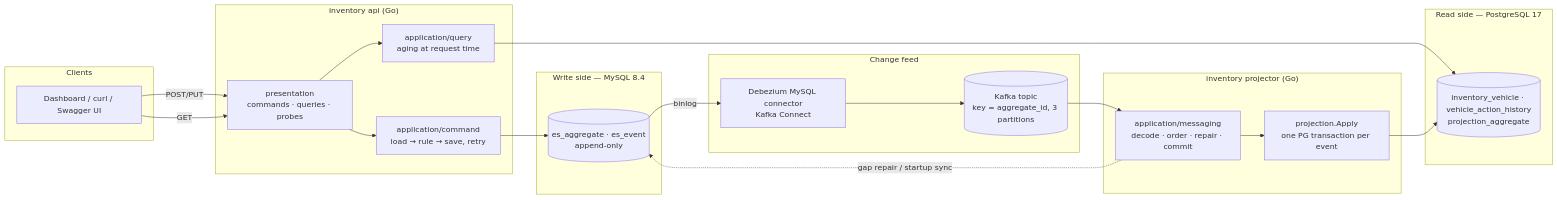
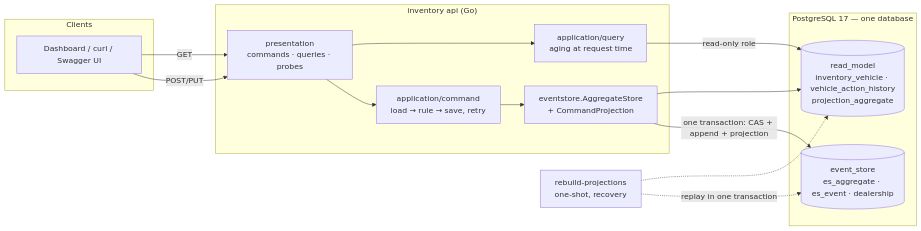
One commit to bhtoan2204/keyloop-coding-challenge changed the first of 2 diagrams in docs/system-design.md. Above: the diagram before and after it, drawn with Mermaid. The commit also changed other lines of this file and 158 other files, not shown here.

First line of the commit message:
Add integration tests for PostgreSQL read-after-write and role privileges

````diff
--- a/docs/system-design.md
+++ b/docs/system-design.md
@@ -32,29 +34,23 @@
 ```mermaid
 flowchart LR
   subgraph Clients
     UI[Dashboard / curl / Swagger UI]
   end
   subgraph API["inventory api (Go)"]
     H[presentation<br/>commands · queries · probes]
     C[application/command<br/>load → rule → save, retry]
     Q[application/query<br/>aging at request time]
+    S[eventstore.AggregateStore<br/>+ CommandProjection]
   end
-  subgraph Write["Write side — MySQL 8.4"]
-    ES[(es_aggregate · es_event<br/>append-only)]
+  subgraph PG["PostgreSQL 17 — one database"]
+    ES[(event_store<br/>es_aggregate · es_event · dealership)]
+    RM[(read_model<br/>inventory_vehicle · vehicle_action_history<br/>projection_aggregate)]
   end
-  subgraph CDC["Change feed"]
-    DBZ[Debezium MySQL connector<br/>Kafka Connect]
-    K[(Kafka topic<br/>key = aggregate_id, 3 partitions)]
-  end
-  subgraph Proj["inventory projector (Go)"]
-    M[application/messaging<br/>decode · order · repair · commit]
-    P[projection.Apply<br/>one PG transaction per event]
-  end
-  subgraph Read["Read side — PostgreSQL 17"]
-    RM[(inventory_vehicle · vehicle_action_history<br/>projection_aggregate)]
-  end
-  UI -- POST/PUT --> H --> C --> ES
-  UI -- GET --> H --> Q --> RM
-  ES -- binlog --> DBZ --> K --> M --> P --> RM
-  M -. gap repair / startup sync .-> ES
+  R[rebuild-projections<br/>one-shot, recovery]
+  UI -- POST/PUT --> H --> C --> S
+  S -- "one transaction: CAS + append + projection" --> ES
+  S --> RM
+  UI -- GET --> H --> Q -- read-only role --> RM
+  R -. replay in one transaction .-> ES
+  R -.-> RM
 ```
````
